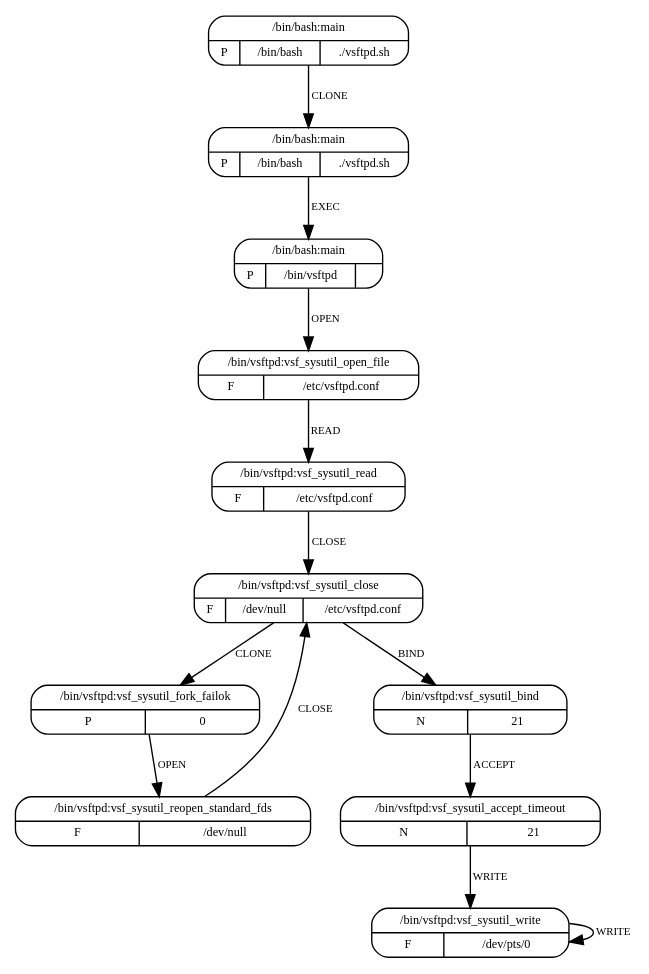
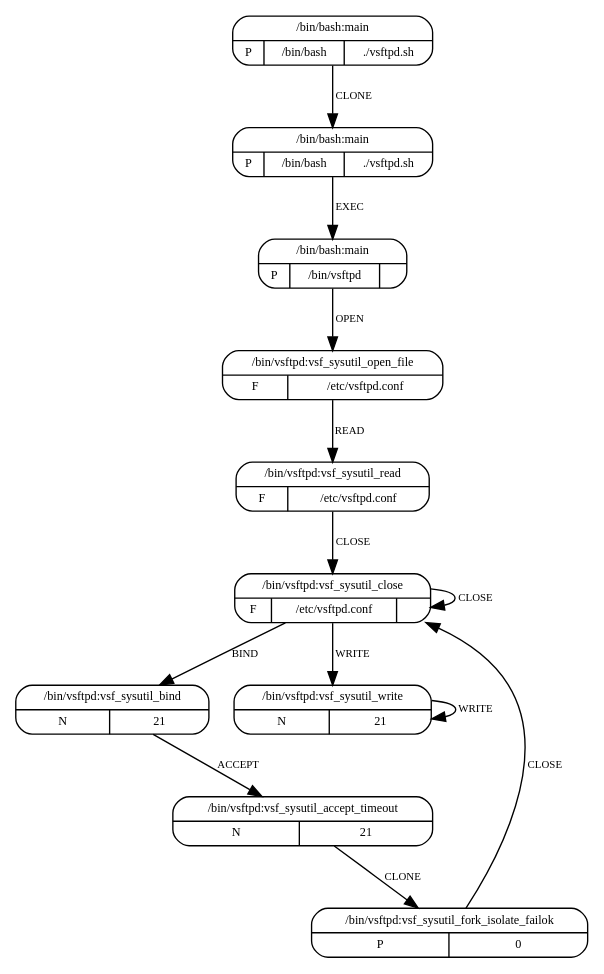
Before and after one commit to sysflow-telemetry/upolicycraft: the diagram in plugins/mrm/resources/models/vsftpd.dot, drawn with Graphviz. The commit also changed 37 other files, not shown here.

```diff
--- a/plugins/mrm/resources/models/vsftpd.dot
+++ b/plugins/mrm/resources/models/vsftpd.dot
@@ -1,42 +1,40 @@
 digraph G {
   4 [shape=Mrecord,
      label="{{/bin/vsftpd:vsf_sysutil_read}|{F|{/etc/vsftpd.conf}}}",
      fontsize=9, ];
   5 [shape=Mrecord,
-     label="{{/bin/vsftpd:vsf_sysutil_close}|{F|{/dev/null}|{/etc/vsftpd.conf}}}",
+     label="{{/bin/vsftpd:vsf_sysutil_close}|{F|{/etc/vsftpd.conf}|{}}}",
      fontsize=9, ];
-  9 [shape=Mrecord, label="{{/bin/vsftpd:vsf_sysutil_fork_failok}|{P|0}}",
+  7 [shape=Mrecord, label="{{/bin/vsftpd:vsf_sysutil_bind}|{N|{21}}}",
      fontsize=9, ];
-  6 [shape=Mrecord, label="{{/bin/vsftpd:vsf_sysutil_bind}|{N|{21}}}",
+  8 [shape=Mrecord, label="{{/bin/vsftpd:vsf_sysutil_accept_timeout}|{N|{21}}}",
      fontsize=9, ];
-  7 [shape=Mrecord, label="{{/bin/vsftpd:vsf_sysutil_accept_timeout}|{N|{21}}}",
+  6 [shape=Mrecord, label="{{/bin/vsftpd:vsf_sysutil_write}|{N|{21}}}",
      fontsize=9, ];
-  10 [shape=Mrecord,
-      label="{{/bin/vsftpd:vsf_sysutil_reopen_standard_fds}|{F|{/dev/null}}}",
-      fontsize=9, ];
-  8 [shape=Mrecord, label="{{/bin/vsftpd:vsf_sysutil_write}|{F|{/dev/pts/0}}}",
+  9 [shape=Mrecord,
+     label="{{/bin/vsftpd:vsf_sysutil_fork_isolate_failok}|{P|0}}",
      fontsize=9, ];
   3 [shape=Mrecord,
      label="{{/bin/vsftpd:vsf_sysutil_open_file}|{F|{/etc/vsftpd.conf}}}",
      fontsize=9, ];
   0 [shape=Mrecord, label="{{/bin/bash:main}|{P|/bin/bash|./vsftpd.sh}}",
      fontsize=9, ];
   1 [shape=Mrecord, label="{{/bin/bash:main}|{P|/bin/bash|./vsftpd.sh}}",
      fontsize=9, ];
   2 [shape=Mrecord, label="{{/bin/bash:main}|{P|/bin/vsftpd|}}", fontsize=9, ];
   
   
   4 -> 5 [label="CLOSE", fontsize=8, ];
-  5 -> 9 [label="CLONE", fontsize=8, ];
-  5 -> 6 [label="BIND", fontsize=8, ];
-  9 -> 10 [label="OPEN", fontsize=8, ];
-  6 -> 7 [label="ACCEPT", fontsize=8, ];
-  7 -> 8 [label="WRITE", fontsize=8, ];
-  10 -> 5 [label="CLOSE", fontsize=8, ];
-  8 -> 8 [label="WRITE", fontsize=8, ];
+  5 -> 5 [label="CLOSE", fontsize=8, ];
+  5 -> 7 [label="BIND", fontsize=8, ];
+  5 -> 6 [label="WRITE", fontsize=8, ];
+  7 -> 8 [label="ACCEPT", fontsize=8, ];
+  8 -> 9 [label="CLONE", fontsize=8, ];
+  6 -> 6 [label="WRITE", fontsize=8, ];
+  9 -> 5 [label="CLOSE", fontsize=8, ];
   3 -> 4 [label="READ", fontsize=8, ];
   0 -> 1 [label="CLONE", fontsize=8, ];
   1 -> 2 [label="EXEC", fontsize=8, ];
   2 -> 3 [label="OPEN", fontsize=8, ];
   
   }
```
